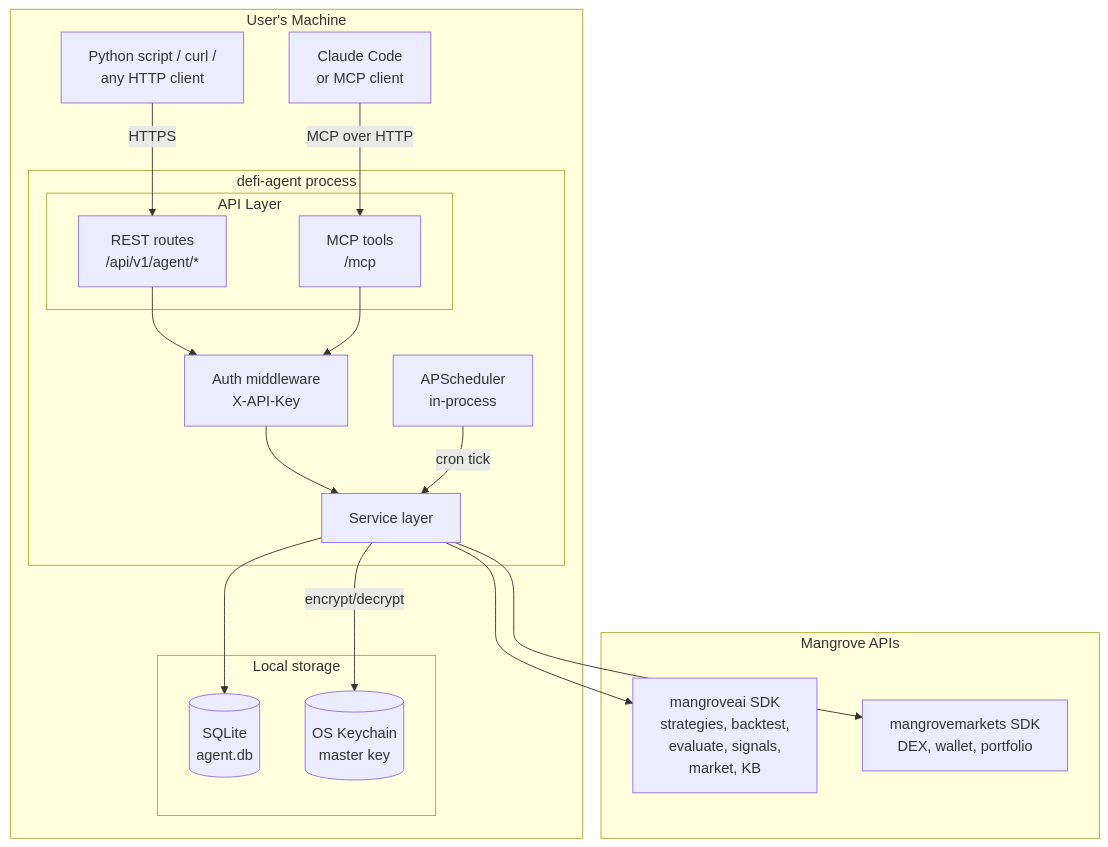
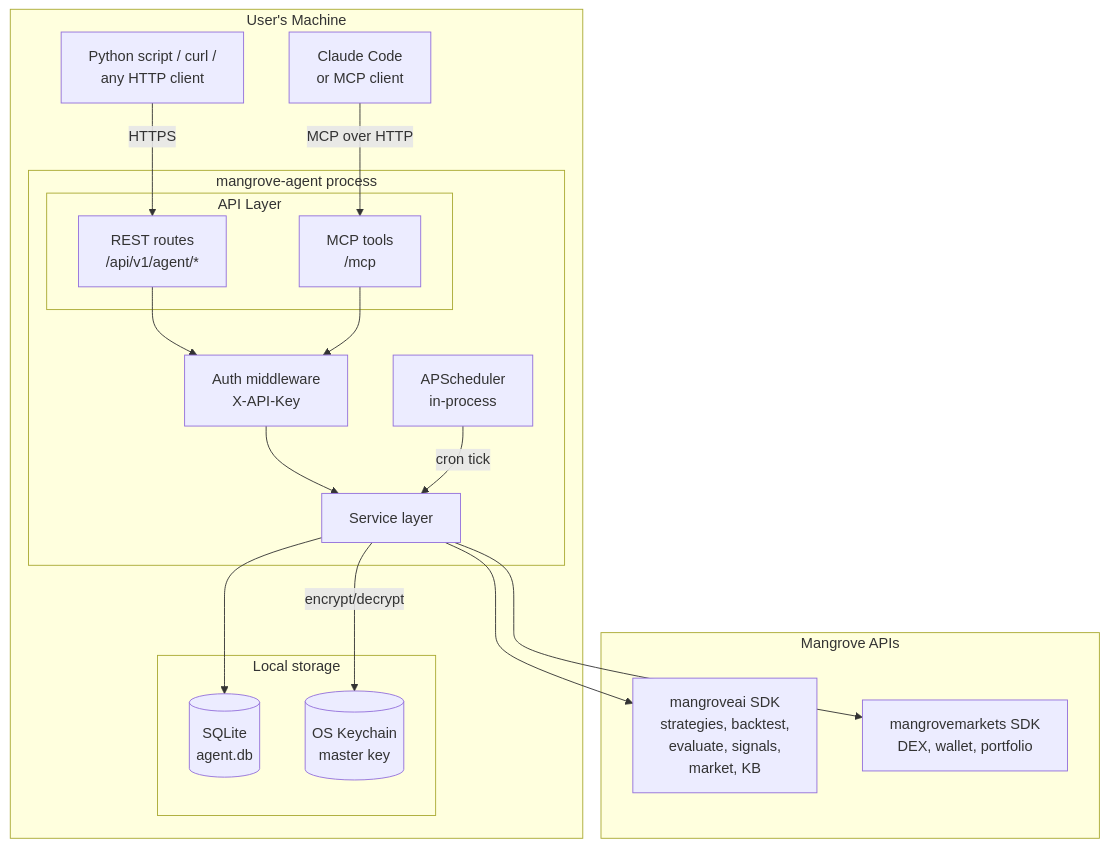
Before and after one commit to MangroveTechnologies/mangrove-agent: the first of 9 diagrams in docs/architecture.md, drawn with Mermaid. The commit also changed other lines of this file and 55 other files, not shown here.

First line of the commit message:
refactor(rename): app-in-a-box / defi-agent → mangrove-agent

````diff
--- a/docs/architecture.md
+++ b/docs/architecture.md
@@ -24,38 +24,38 @@
 ```mermaid
 graph TB
     subgraph "User's Machine"
         ClaudeCode[Claude Code<br/>or MCP client]
         HTTPClient[Python script / curl /<br/>any HTTP client]
 
-        subgraph "defi-agent process"
+        subgraph "mangrove-agent process"
             subgraph "API Layer"
                 REST[REST routes<br/>/api/v1/agent/*]
                 MCP[MCP tools<br/>/mcp]
             end
             AuthMW[Auth middleware<br/>X-API-Key]
             Services[Service layer]
             Scheduler[APScheduler<br/>in-process]
         end
 
         subgraph "Local storage"
             SQLite[(SQLite<br/>agent.db)]
             Keychain[(OS Keychain<br/>master key)]
         end
     end
 
     subgraph "Mangrove APIs"
         MangroveAI[mangroveai SDK<br/>strategies, backtest,<br/>evaluate, signals,<br/>market, KB]
         MangroveMkts[mangrovemarkets SDK<br/>DEX, wallet, portfolio]
     end
 
     ClaudeCode -->|MCP over HTTP| MCP
     HTTPClient -->|HTTPS| REST
     REST --> AuthMW
     MCP --> AuthMW
     AuthMW --> Services
     Scheduler -->|cron tick| Services
     Services --> SQLite
     Services -->|encrypt/decrypt| Keychain
     Services --> MangroveAI
     Services --> MangroveMkts
 ```
````
